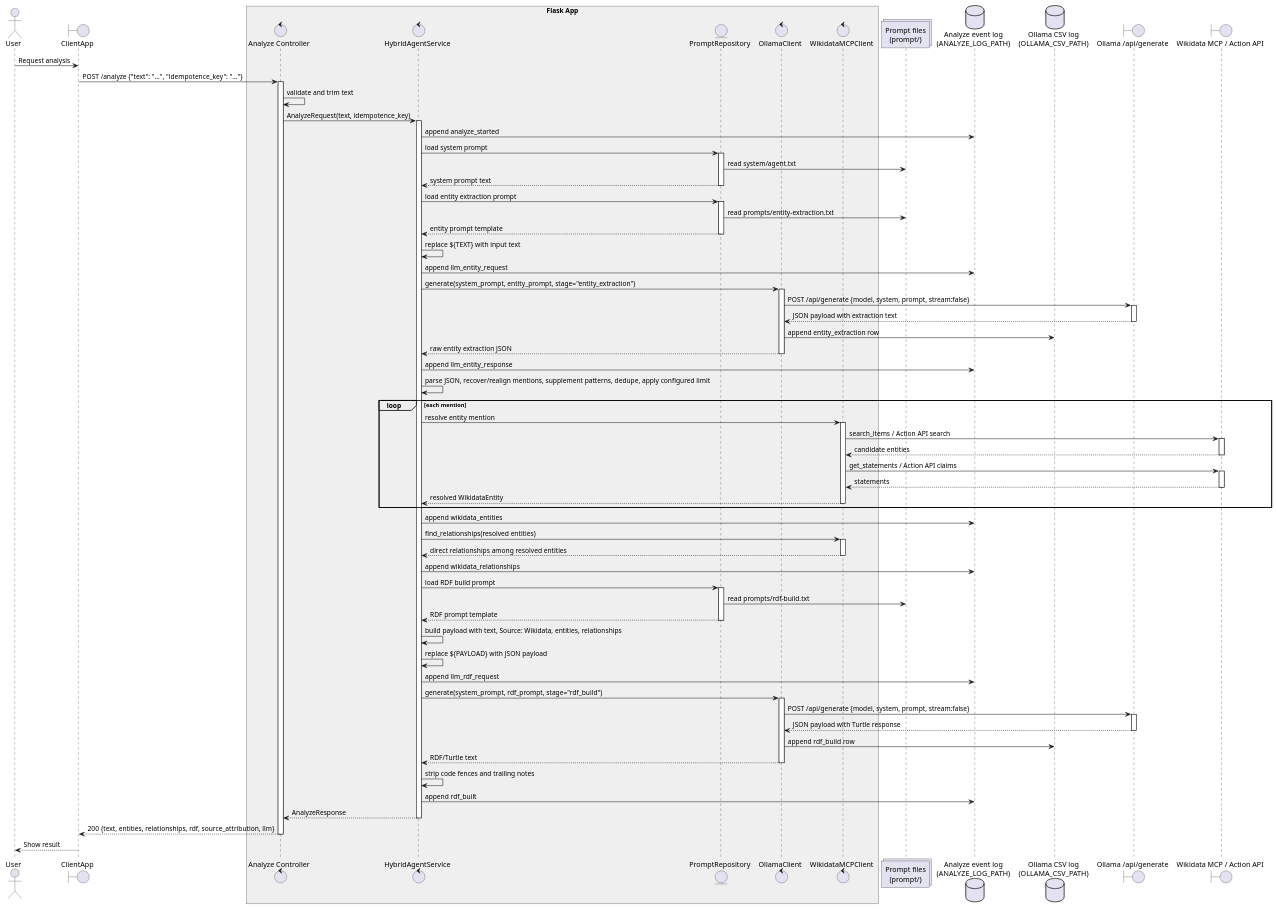
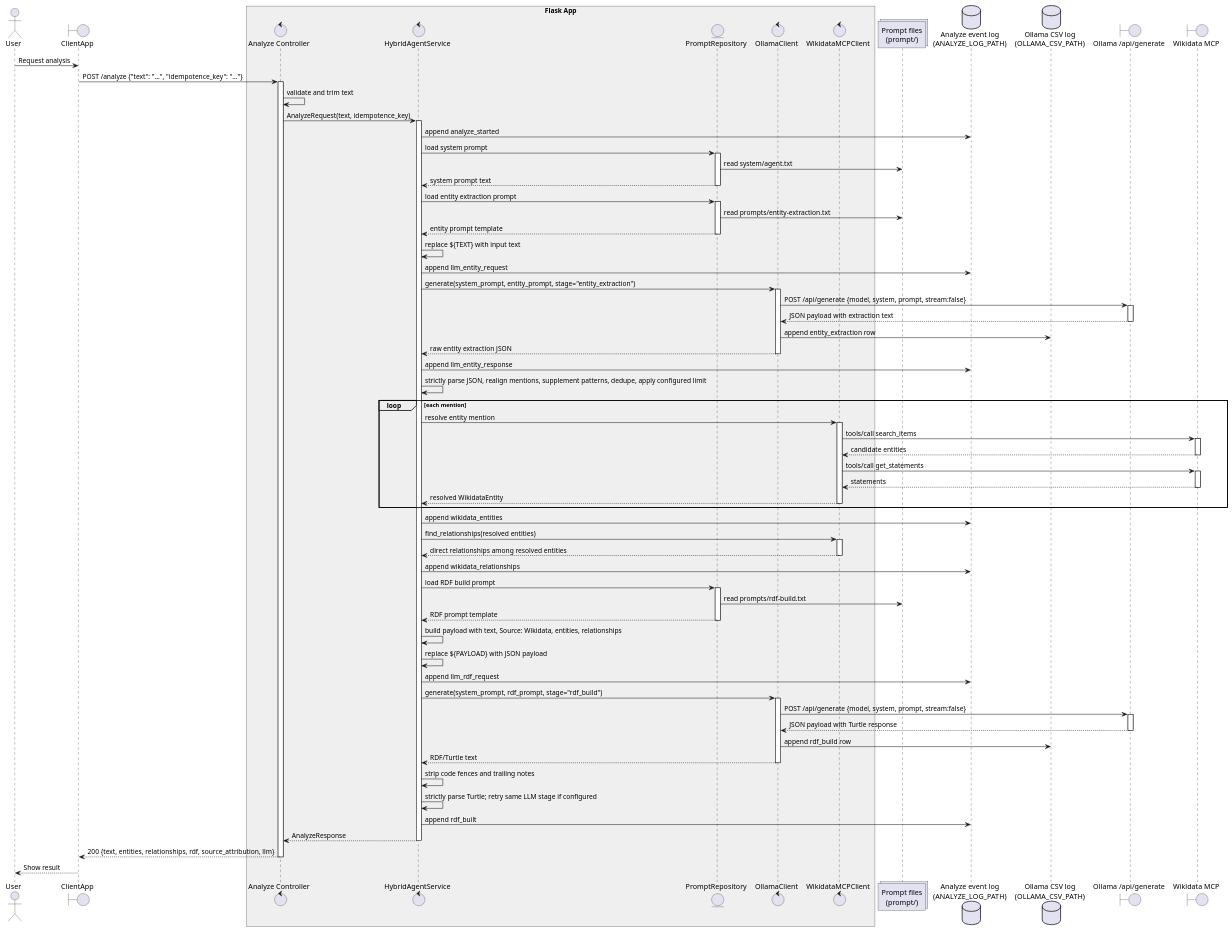
Before and after one commit to giovannabbottino/hybrid-pipelines: the diagram in docs/seq/analyze.puml, drawn with PlantUML. The commit also changed 14 other files, not shown here.

```diff
--- a/docs/seq/analyze.puml
+++ b/docs/seq/analyze.puml
@@ -1,82 +1,83 @@
 @startuml
 actor User
 boundary ClientApp as Client
 
 box "Flask App" #EFEFEF
   control "Analyze Controller" as Controller
   control "HybridAgentService" as Agent
   entity "PromptRepository" as Repo
   control "OllamaClient" as LLM
   control "WikidataMCPClient" as WD
 end box
 
 collections "Prompt files\n(prompt/)" as PromptFiles
 database "Analyze event log\n(ANALYZE_LOG_PATH)" as EventLog
 database "Ollama CSV log\n(OLLAMA_CSV_PATH)" as CSV
 boundary "Ollama /api/generate" as Ollama
-boundary "Wikidata MCP / Action API" as Wikidata
+boundary "Wikidata MCP" as Wikidata
 
 User -> Client: Request analysis
 Client -> Controller ++: POST /analyze {"text": "...", "idempotence_key": "..."}
 Controller -> Controller: validate and trim text
 Controller -> Agent ++: AnalyzeRequest(text, idempotence_key)
 
 Agent -> EventLog: append analyze_started
 
 Agent -> Repo ++: load system prompt
 Repo -> PromptFiles: read system/agent.txt
 Repo --> Agent --: system prompt text
 
 Agent -> Repo ++: load entity extraction prompt
 Repo -> PromptFiles: read prompts/entity-extraction.txt
 Repo --> Agent --: entity prompt template
 
 Agent -> Agent: replace ${TEXT} with input text
 Agent -> EventLog: append llm_entity_request
 
 Agent -> LLM ++: generate(system_prompt, entity_prompt, stage="entity_extraction")
 LLM -> Ollama ++: POST /api/generate {model, system, prompt, stream:false}
 Ollama --> LLM --: JSON payload with extraction text
 LLM -> CSV: append entity_extraction row
 LLM --> Agent --: raw entity extraction JSON
 
 Agent -> EventLog: append llm_entity_response
-Agent -> Agent: parse JSON, recover/realign mentions, supplement patterns, dedupe, apply configured limit
+Agent -> Agent: strictly parse JSON, realign mentions, supplement patterns, dedupe, apply configured limit
 
 loop each mention
   Agent -> WD ++: resolve entity mention
-  WD -> Wikidata ++: search_items / Action API search
+  WD -> Wikidata ++: tools/call search_items
   Wikidata --> WD --: candidate entities
-  WD -> Wikidata ++: get_statements / Action API claims
+  WD -> Wikidata ++: tools/call get_statements
   Wikidata --> WD --: statements
   WD --> Agent --: resolved WikidataEntity
 end
 
 Agent -> EventLog: append wikidata_entities
 
 Agent -> WD ++: find_relationships(resolved entities)
 WD --> Agent --: direct relationships among resolved entities
 Agent -> EventLog: append wikidata_relationships
 
 Agent -> Repo ++: load RDF build prompt
 Repo -> PromptFiles: read prompts/rdf-build.txt
 Repo --> Agent --: RDF prompt template
 
 Agent -> Agent: build payload with text, Source: Wikidata, entities, relationships
 Agent -> Agent: replace ${PAYLOAD} with JSON payload
 Agent -> EventLog: append llm_rdf_request
 
 Agent -> LLM ++: generate(system_prompt, rdf_prompt, stage="rdf_build")
 LLM -> Ollama ++: POST /api/generate {model, system, prompt, stream:false}
 Ollama --> LLM --: JSON payload with Turtle response
 LLM -> CSV: append rdf_build row
 LLM --> Agent --: RDF/Turtle text
 
 Agent -> Agent: strip code fences and trailing notes
+Agent -> Agent: strictly parse Turtle; retry same LLM stage if configured
 Agent -> EventLog: append rdf_built
 
 Agent --> Controller --: AnalyzeResponse
 Controller --> Client --: 200 {text, entities, relationships, rdf, source_attribution, llm}
 Client --> User: Show result
 
 @enduml
```
